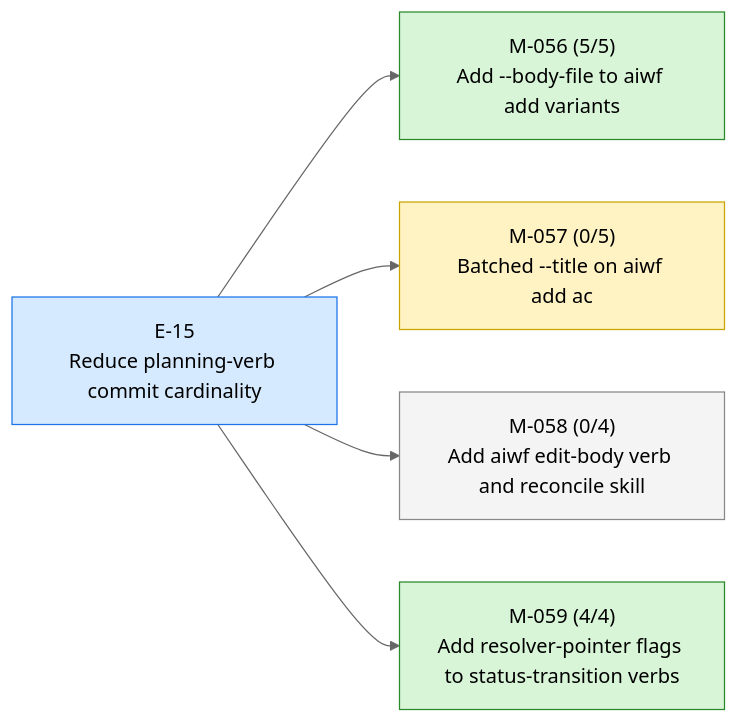
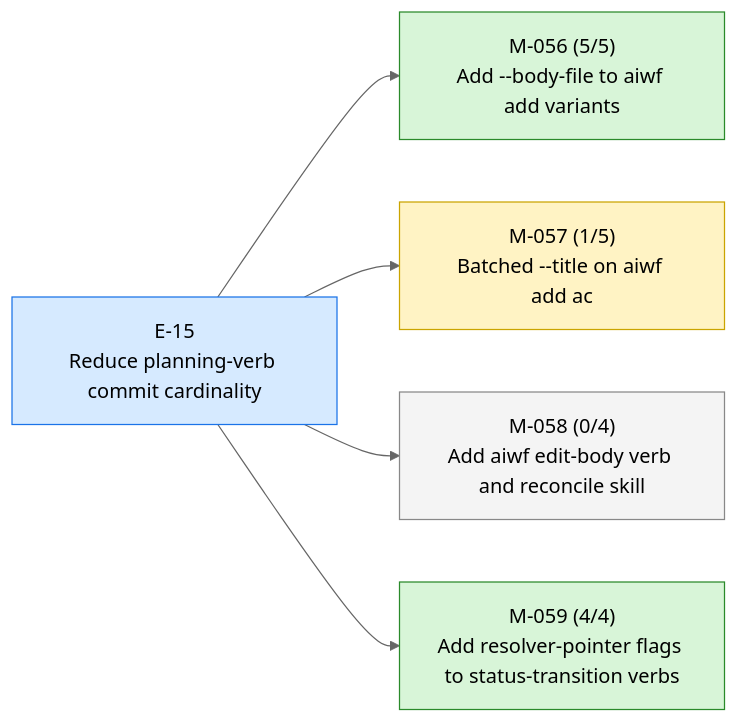
Before and after one commit to 23min/aiwf: the first of 3 diagrams in STATUS.md, drawn with Mermaid (neutral theme). The commit also changed other lines of this file and 1 other file, not shown here.

First line of the commit message:
aiwf promote M-057/AC-1 open -> met

````diff
--- a/STATUS.md
+++ b/STATUS.md
@@ -14,18 +14,18 @@
 ```mermaid
 flowchart LR
   E_15["E-15<br/>Reduce planning-verb commit cardinality"]:::epic_active
   M_056["M-056 (5/5)<br/>Add --body-file to aiwf add variants"]:::ms_done
   E_15 --> M_056
-  M_057["M-057 (0/5)<br/>Batched --title on aiwf add ac"]:::ms_in_progress
+  M_057["M-057 (1/5)<br/>Batched --title on aiwf add ac"]:::ms_in_progress
   E_15 --> M_057
   M_058["M-058 (0/4)<br/>Add aiwf edit-body verb and reconcile skill"]:::ms_draft
   E_15 --> M_058
   M_059["M-059 (4/4)<br/>Add resolver-pointer flags to status-transition verbs"]:::ms_done
   E_15 --> M_059
   classDef epic_active fill:#d6eaff,stroke:#1a73e8,color:#000
   classDef epic_proposed fill:#f4f4f4,stroke:#888,color:#000
   classDef ms_done fill:#d8f5d8,stroke:#2a8a2a,color:#000
   classDef ms_in_progress fill:#fff3c4,stroke:#caa400,color:#000
   classDef ms_draft fill:#f4f4f4,stroke:#888,color:#000
   classDef ms_cancelled fill:#fbeaea,stroke:#c33,color:#000
 ```
````
